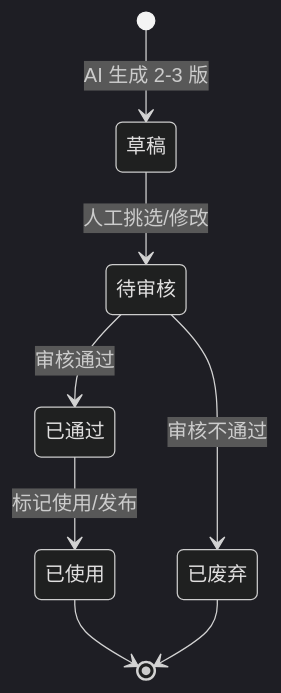
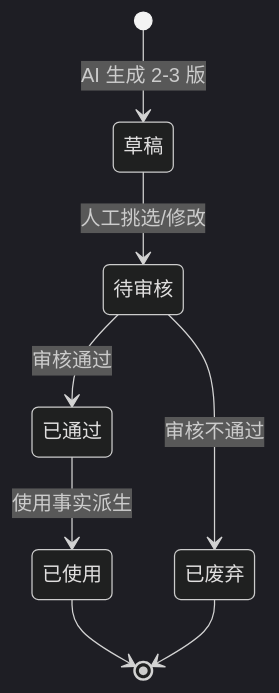
Before and after one commit to lophyJessica/forge-scrm: the third of 4 diagrams in context/04-业务规则与状态机.md, drawn with Mermaid (dark theme). The commit also changed other lines of this file and 18 other files, not shown here.

Commit message:
docs: 修复审计27项(P0x9/P1x13/P2x5)——口径统一/审核入口/一期权限/Schema对齐

````diff
--- a/context/04-业务规则与状态机.md
+++ b/context/04-业务规则与状态机.md
@@ -49,10 +49,10 @@
 ```mermaid
 stateDiagram-v2
     [*] --> 草稿: AI 生成 2-3 版
     草稿 --> 待审核: 人工挑选/修改
     待审核 --> 已通过: 审核通过
     待审核 --> 已废弃: 审核不通过
-    已通过 --> 已使用: 标记使用/发布
+    已通过 --> 已使用: 使用事实派生
     已使用 --> [*]
     已废弃 --> [*]
 ```
````
